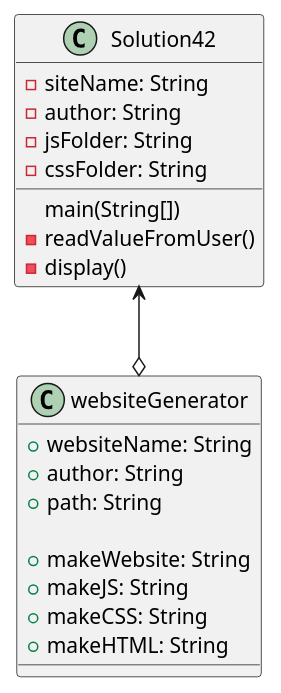
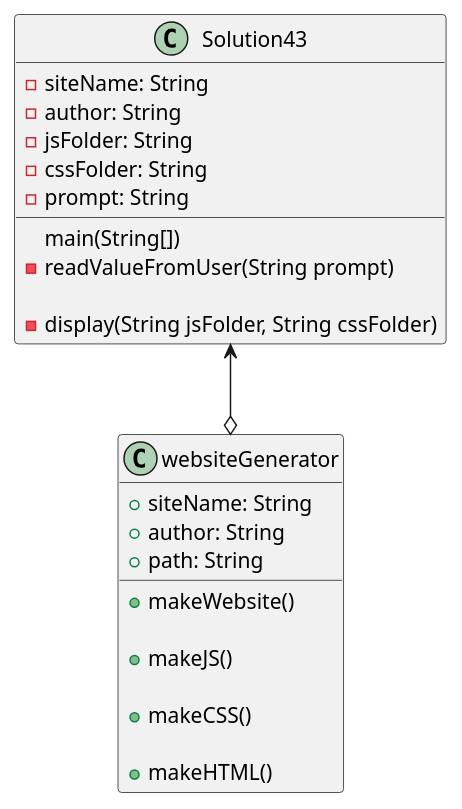
The diagram in exercise43/docs/Solution43_ClassDiagram.puml (cachemoney-3000/samontanez-a04), drawn with PlantUML before and after one commit. The commit also changed 8 other files, not shown here.

Commit message:
updated exercise 43 UML Diagram

```diff
--- a/exercise43/docs/Solution43_ClassDiagram.puml
+++ b/exercise43/docs/Solution43_ClassDiagram.puml
@@ -1,27 +1,74 @@
 @startuml
-class Solution42 {
+class Solution43 {
     main(String[])
     'attributes
     -siteName: String
     -author: String
     -jsFolder: String
     -cssFolder: String
+    -prompt: String
 
-    -readValueFromUser()
-    -display()
+    'Solution43 sol43 = new Solution43();
+    'websiteGenerator newWebsite = new websiteGenerator();
+
+    'prompt user for a site name
+    'sol43.readValueFromUser(prompt) = siteName
+
+    'prompt user for author
+    'sol43.readValueFromUser(prompt) = author
+
+    'prompt user if they want js folder
+    'sol43.readValueFromUser(prompt) = jsFolder
+
+    'prompt user if they want css folder
+    'sol43.readValueFromUser(prompt) = cssFolder
+
+    'newWebsite.makeWebsite = siteName
+    'newWebsite.author = author
+    'newWebsite.path = desired path to store folders
+
+    'sol43.display(jsFolder, cssFolder)
+
+    -readValueFromUser(String prompt)
+    'prints the prompt
+    'return the scanner input
+
+    -display(String jsFolder, String cssFolder)
+    'print the website directory
+    'print the HTML directory
+    'if jsFolder = 'y'
+        'print the jsFolder directory
+    'if cssFolder = 'y'
+        'print the cssFolder directory
 }
 
 class websiteGenerator{
     'attributes
-    +websiteName: String
+    +siteName: String
     +author: String
     +path: String
 
-    +makeWebsite: String
-    +makeJS: String
-    +makeCSS: String
-    +makeHTML: String
+    +makeWebsite()
+    'String directory = path + siteName
+    'create a directory with the html file inside
+    'returns the directory
+
+    +makeJS()
+    'String directory = path + siteName + "/js"
+    'create a directory with the html file inside
+    'returns the directory
+
+    +makeCSS()
+    'String directory = path + siteName + '/css'
+    'create a directory with the html file inside
+    'returns the directory
+
+    +makeHTML()
+    'String directory = path + siteName
+    'String HTML = some code to put for HTML
+    'create a directory with the html file inside
+    'returns the directory or it returns an exception error message
 }
 
-Solution42 <--o websiteGenerator
+Solution43 <--o websiteGenerator
 @enduml
```
